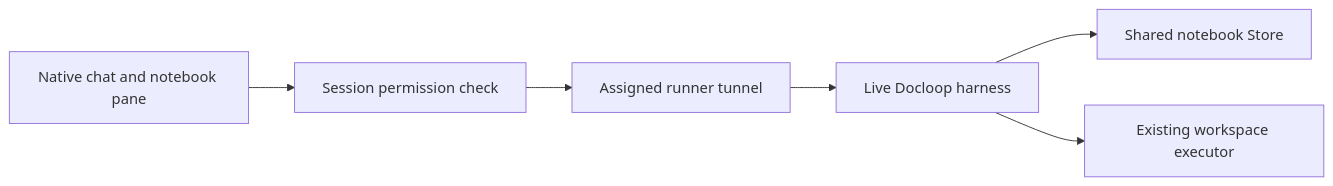
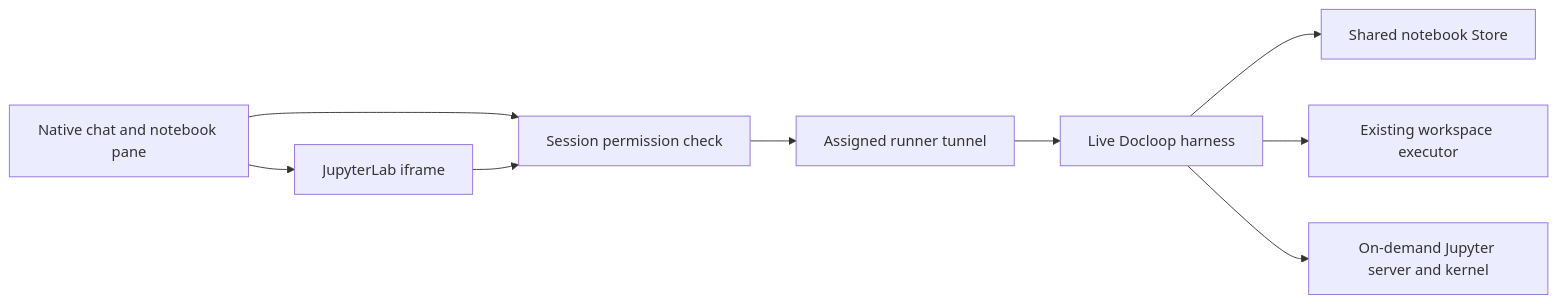
The diagram in docs/DOCLOOP_NOTEBOOK.md (omnigent-ai/omnigent), drawn with Mermaid before and after one commit. The commit also changed other lines of this file and 19 other files, not shown here.

Commit message:
Embed JupyterLab through the existing Docloop runner tunnel

````diff
--- a/docs/DOCLOOP_NOTEBOOK.md
+++ b/docs/DOCLOOP_NOTEBOOK.md
@@ -8,8 +8,11 @@
 ```mermaid
 flowchart LR
     Browser[Native chat and notebook pane] --> AP[Session permission check]
     AP --> Runner[Assigned runner tunnel]
     Runner --> Harness[Live Docloop harness]
     Harness --> Document[Shared notebook Store]
     Harness --> Executor[Existing workspace executor]
+    Browser --> Lab[JupyterLab iframe]
+    Lab --> AP
+    Harness --> Kernel[On-demand Jupyter server and kernel]
 ```
````
